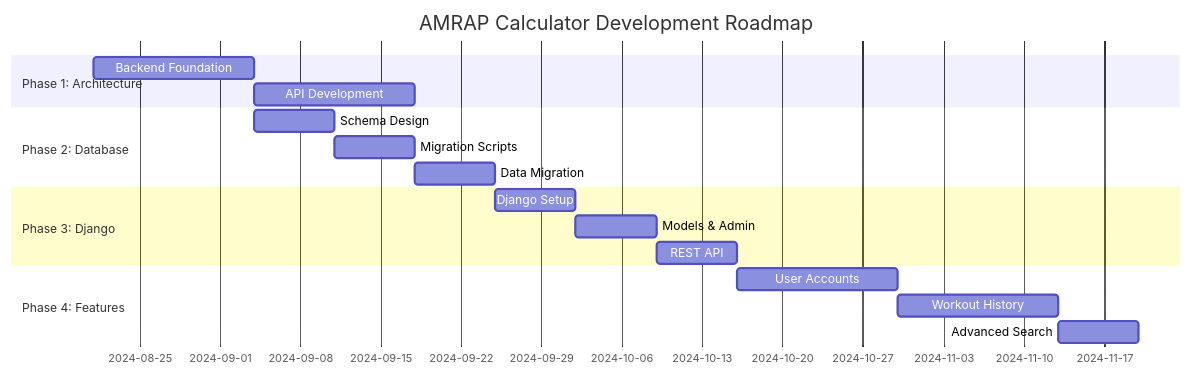
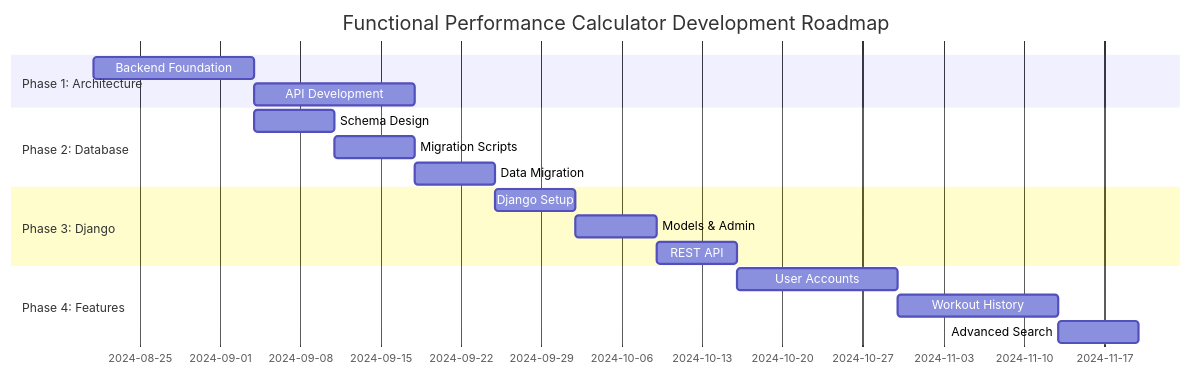
The diagram in docs/ROADMAP.md (griffinsteffy19/amrap-calc), drawn with Mermaid before and after one commit. The commit also changed other lines of this file and 3 other files, not shown here.

````diff
--- a/docs/ROADMAP.md
+++ b/docs/ROADMAP.md
@@ -47,20 +47,20 @@
 ```mermaid
 gantt
-    title AMRAP Calculator Development Roadmap
+    title Functional Performance Calculator Development Roadmap
     dateFormat  YYYY-MM-DD
     section Phase 1: Architecture
     Backend Foundation    :2024-08-21, 14d
     API Development      :14d
     section Phase 2: Database  
     Schema Design        :2024-09-04, 7d
     Migration Scripts    :7d
     Data Migration       :7d
     section Phase 3: Django
     Django Setup         :2024-09-25, 7d
     Models & Admin       :7d
     REST API             :7d
     section Phase 4: Features
     User Accounts        :2024-10-16, 14d
     Workout History      :14d
     Advanced Search      :7d
 ```
````
